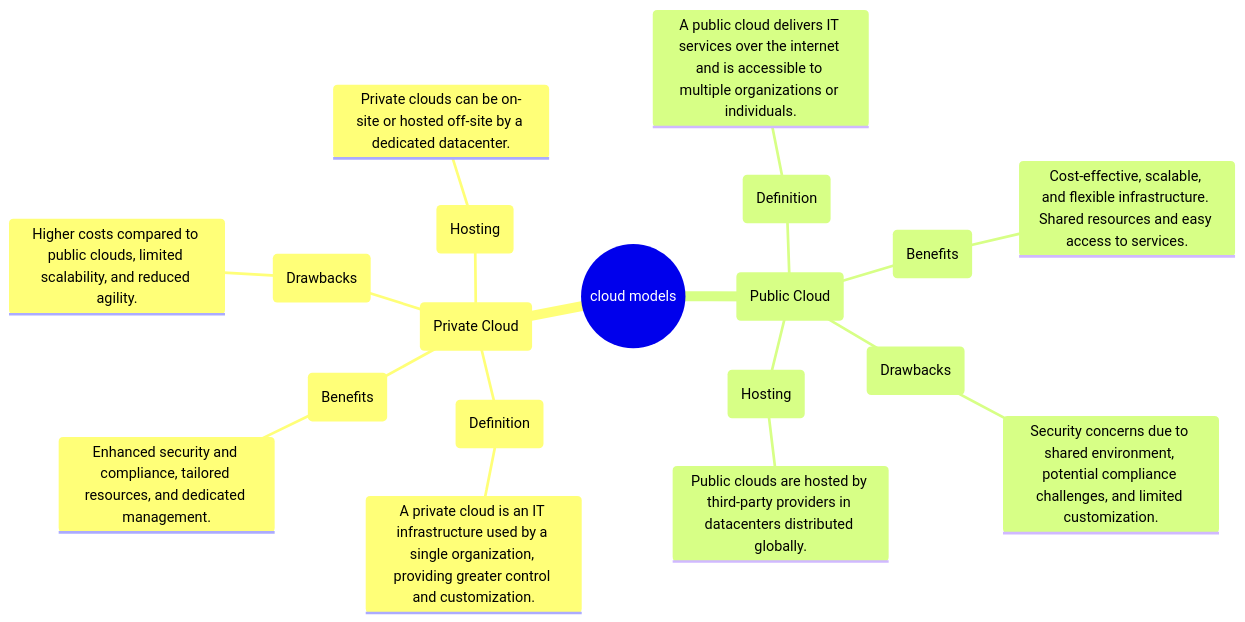
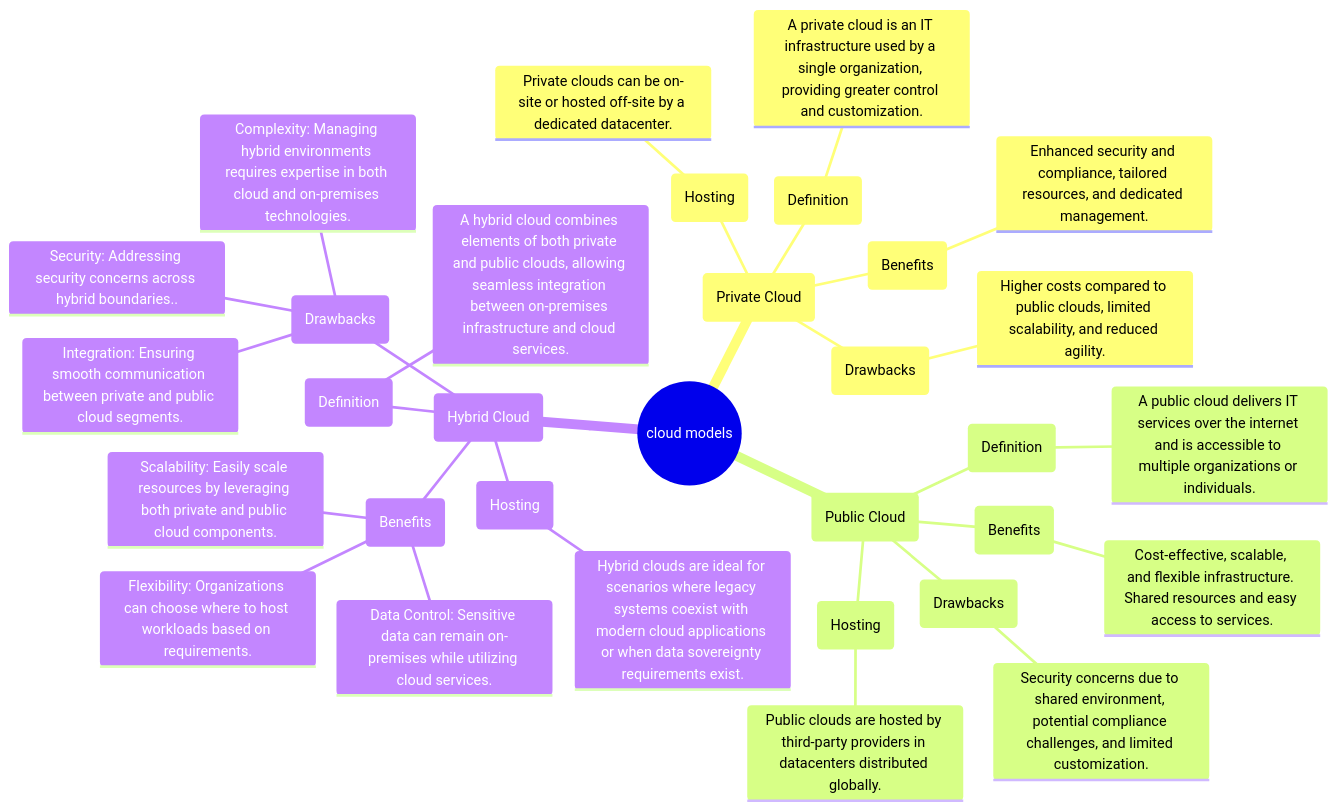
The second of 2 diagrams in cloud_concepts.md (Sree2011/ms-azure-fundamentals-prepare), drawn with Mermaid before and after one commit.

````diff
--- a/cloud_concepts.md
+++ b/cloud_concepts.md
@@ -44,29 +44,46 @@
 ```mermaid
 mindmap
     root((cloud models))
         (Private Cloud)
             (Definition)
                 A private cloud is an IT infrastructure used by a single organization, providing greater control and customization.
 
             (Benefits)
                 Enhanced security and compliance, tailored resources, and dedicated management.
 
             (Drawbacks)
                 Higher costs compared to public clouds, limited scalability, and reduced agility.
 
             (Hosting)
                 Private clouds can be on-site or hosted off-site by a dedicated datacenter.
         (Public Cloud)
             (Definition)
                 A public cloud delivers IT services over the internet and is accessible to multiple organizations or individuals.
 
             (Benefits)
                 Cost-effective, scalable, and flexible infrastructure. Shared resources and easy access to services.
             (Drawbacks)
                 Security concerns due to shared environment, potential compliance challenges, and limited customization.
 
             (Hosting)
                 Public clouds are hosted by third-party providers in datacenters distributed globally.
 
+        (Hybrid Cloud)
+                (Definition)
+                    A hybrid cloud combines elements of both private and public clouds, allowing seamless integration between on-premises infrastructure and cloud services.
+
+
+                (Benefits)
+                    Flexibility: Organizations can choose where to host workloads based on requirements.
+                    Scalability: Easily scale resources by leveraging both private and public cloud components.
+                    Data Control: Sensitive data can remain on-premises while utilizing cloud services.
+                (Drawbacks)
+                    Complexity: Managing hybrid environments requires expertise in both cloud and on-premises technologies.
+                    Integration: Ensuring smooth communication between private and public cloud segments.
+                    Security: Addressing security concerns across hybrid boundaries..
+
+                (Hosting)
+                    Hybrid clouds are ideal for scenarios where legacy systems coexist with modern cloud applications or when data sovereignty requirements exist.
+
 
 ```
````
